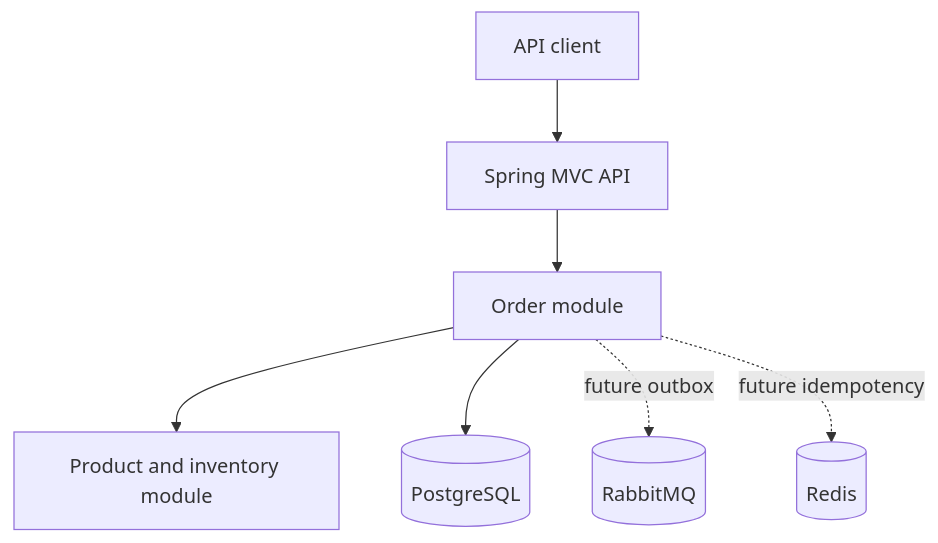
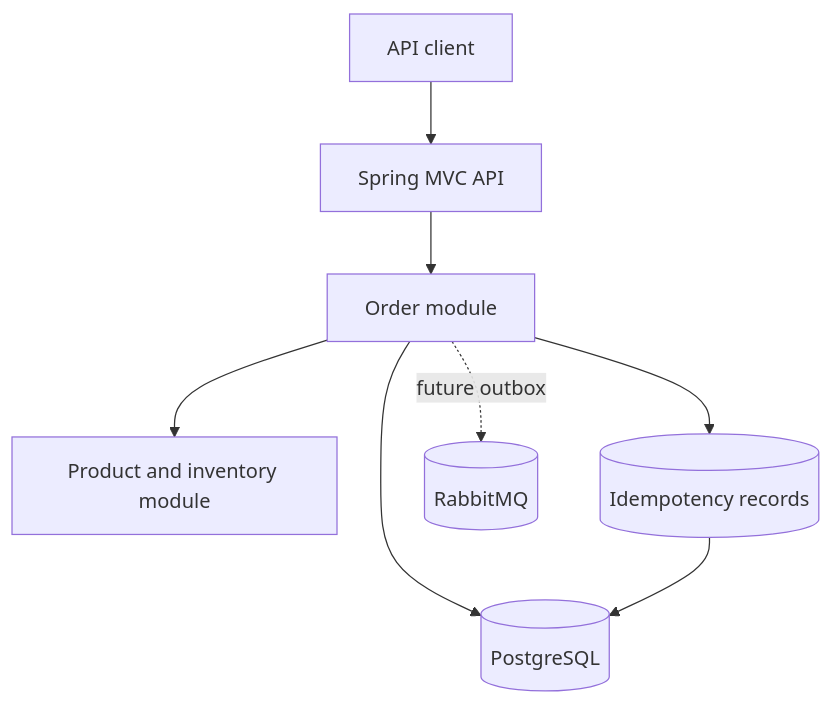
The diagram in README.md (tawsif113/spring-boot-rescue-lab), drawn with Mermaid before and after one commit. The commit also changed other lines of this file and 22 other files, not shown here.

````diff
--- a/README.md
+++ b/README.md
@@ -48,9 +47,10 @@
 ```mermaid
 flowchart TD
     Client[API client] --> API[Spring MVC API]
     API --> Orders[Order module]
     Orders --> Products[Product and inventory module]
     Orders --> PostgreSQL[(PostgreSQL)]
+    Orders --> Idempotency[(Idempotency records)]
     Orders -. future outbox .-> RabbitMQ[(RabbitMQ)]
-    Orders -. future idempotency .-> Redis[(Redis)]
+    Idempotency --> PostgreSQL
 ```
````
